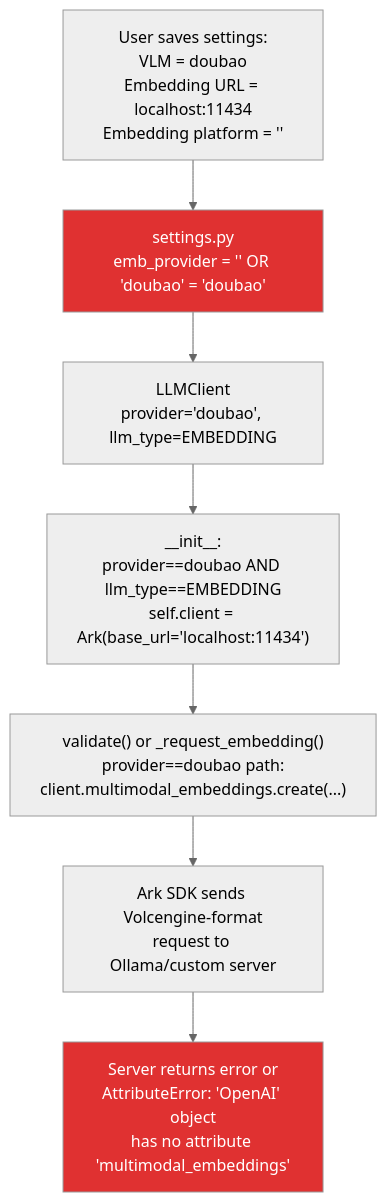
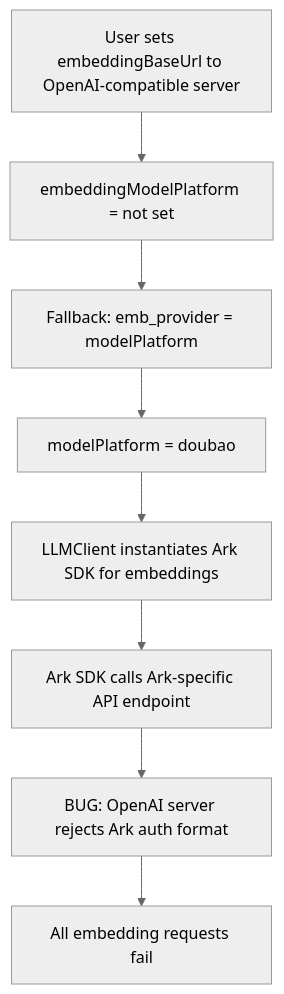
The first of 2 diagrams in EMBEDDING_FIX.md (volcengine/MineContext), drawn with Mermaid (neutral theme) before and after one commit. The commit also changed other lines of this file, not shown here.

Commit message:
docs: add flowchart documentation for embedding provider fix

````diff
--- a/EMBEDDING_FIX.md
+++ b/EMBEDDING_FIX.md
@@ -117,19 +15,10 @@
 ```mermaid
 flowchart TD
-    A["User saves settings:\nVLM = doubao\nEmbedding URL = localhost:11434\nEmbedding platform = ''"] --> B
-
-    B["settings.py\nemb_provider = '' OR 'doubao' = 'doubao'"]
-
-    B --> C["LLMClient\nprovider='doubao', llm_type=EMBEDDING"]
-
-    C --> D["__init__:\nprovider==doubao AND llm_type==EMBEDDING\nself.client = Ark(base_url='localhost:11434')"]
-
-    D --> E["validate() or _request_embedding()\nprovider==doubao path:\nclient.multimodal_embeddings.create(...)"]
-
-    E --> F["Ark SDK sends Volcengine-format\nrequest to Ollama/custom server"]
-
-    F --> G["Server returns error or\nAttributeError: 'OpenAI' object\nhas no attribute 'multimodal_embeddings'"]
-
-    style B fill:#e03131,color:#fff
-    style G fill:#e03131,color:#fff
+    A[User sets embeddingBaseUrl to OpenAI-compatible server] --> B[embeddingModelPlatform = not set]
+    B --> C[Fallback: emb_provider = modelPlatform]
+    C --> D[modelPlatform = doubao]
+    D --> E[LLMClient instantiates Ark SDK for embeddings]
+    E --> F[Ark SDK calls Ark-specific API endpoint]
+    F --> G[BUG: OpenAI server rejects Ark auth format]
+    G --> H[All embedding requests fail]
 ```
````
